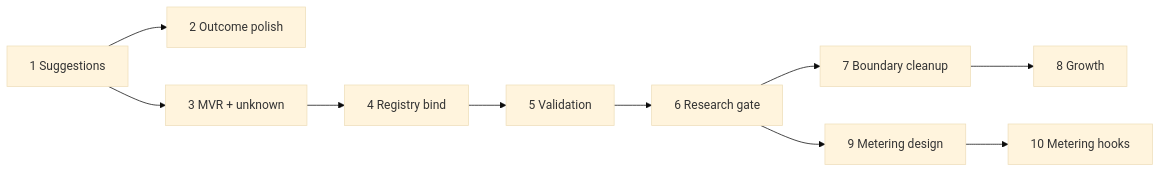
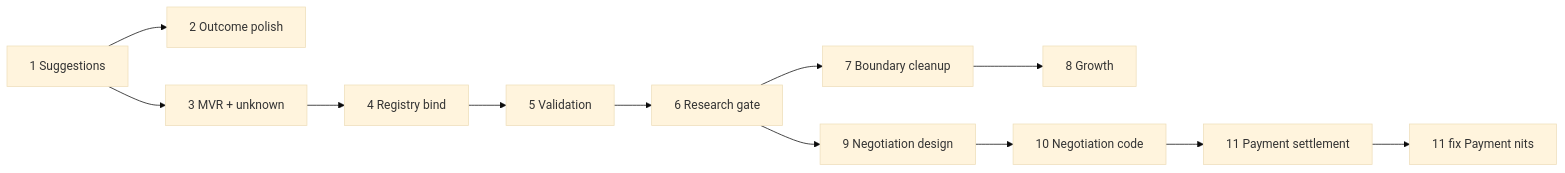
Before and after one commit to myceliumdata/mycelium: the diagram in docs/plans/entity-protocol-and-registry-program.md, drawn with Mermaid (base theme). The commit also changed other lines of this file and 36 other files, not shown here.

First line of the commit message:
Add payment settlement (Slice 11): pay_quote, PaymentProvider, paid gate.

````diff
--- a/docs/plans/entity-protocol-and-registry-program.md
+++ b/docs/plans/entity-protocol-and-registry-program.md
@@ -314,23 +357,27 @@
 ```mermaid
 flowchart LR
   S1[1 Suggestions]
   S2[2 Outcome polish]
   S3[3 MVR + unknown]
   S4[4 Registry bind]
   S5[5 Validation]
   S6[6 Research gate]
   S7[7 Boundary cleanup]
   S8[8 Growth]
-  S9[9 Metering design]
-  S10[10 Metering hooks]
+  S9[9 Negotiation design]
+  S10[10 Negotiation code]
+  S11[11 Payment settlement]
+  S11f[11 fix Payment nits]
 
   S1 --> S2
   S1 --> S3
   S3 --> S4
   S4 --> S5
   S5 --> S6
   S6 --> S7
   S7 --> S8
   S6 --> S9
   S9 --> S10
+  S10 --> S11
+  S11 --> S11f
 ```
````
